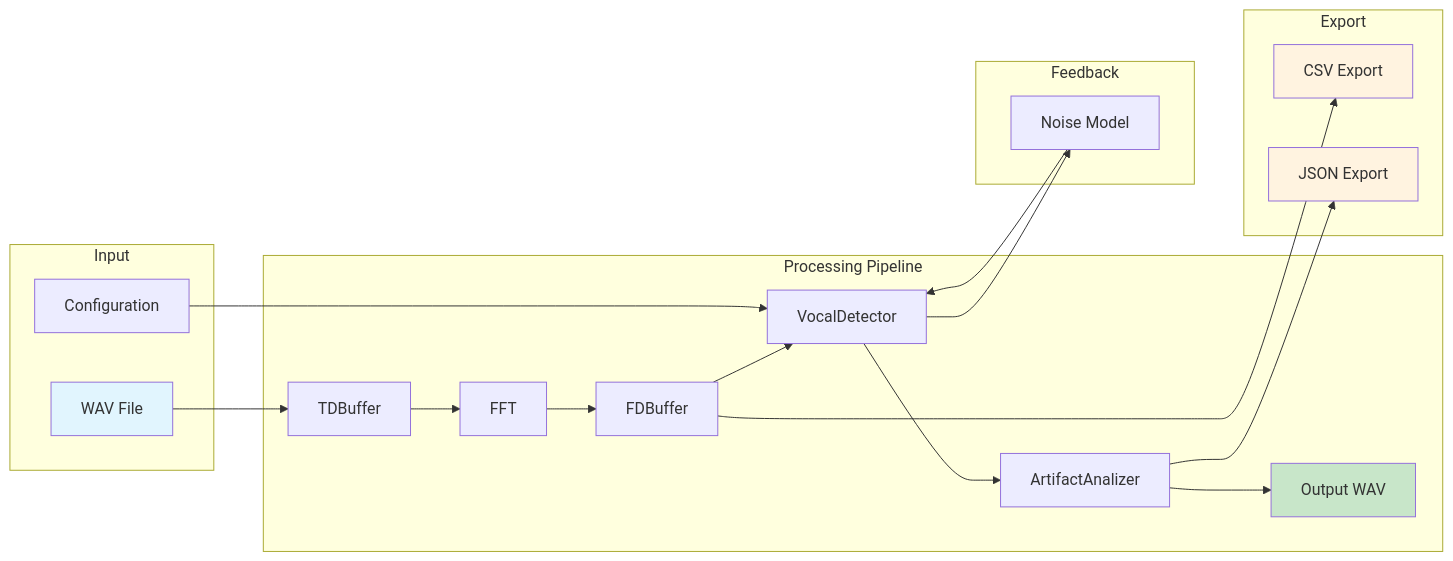
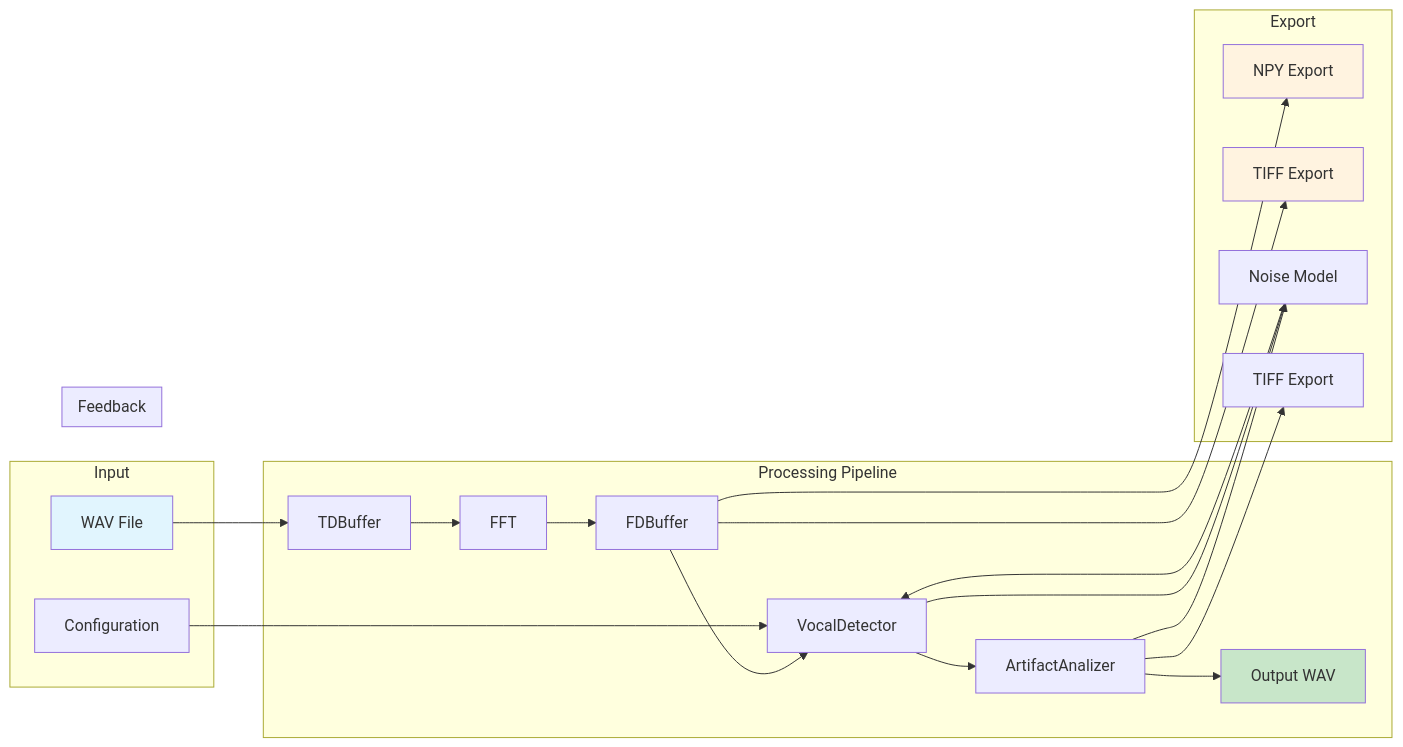
Diagram 18 of 18 in src/vodec/docs/architecture.md (zl0bster/AP01), drawn with Mermaid before and after one commit. The commit also changed other lines of this file and 3 other files, not shown here.

````diff
--- a/src/vodec/docs/architecture.md
+++ b/src/vodec/docs/architecture.md
@@ -705,33 +712,35 @@
 ```mermaid
 graph LR
     subgraph "Input"
         A[WAV File]
         B[Configuration]
     end
     
     subgraph "Processing Pipeline"
         C[TDBuffer] --> D[FFT]
         D --> E[FDBuffer]
         E --> F[VocalDetector]
         F --> G[ArtifactAnalizer]
         G --> H[Output WAV]
     end
     
     subgraph "Export"
-        E --> I[CSV Export]
-        G --> J[JSON Export]
+        E --> I[NPY Export]
+        E --> J[TIFF Export]
+        G --> K[NPY Export]
+        G --> L[TIFF Export]
     end
     
     subgraph "Feedback"
         K[Noise Model] --> F
     end
     
     A --> C
     B --> F
     F --> K
     
     style A fill:#e1f5fe
     style H fill:#c8e6c9
     style I fill:#fff3e0
     style J fill:#fff3e0
 ```
````
